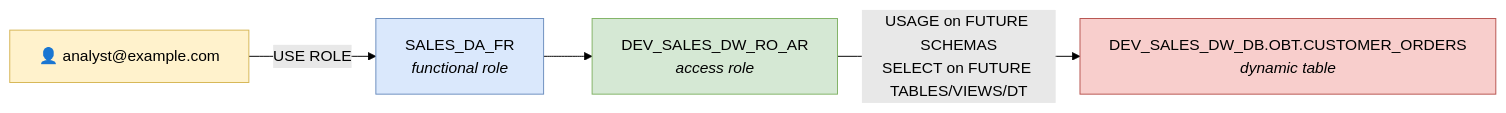
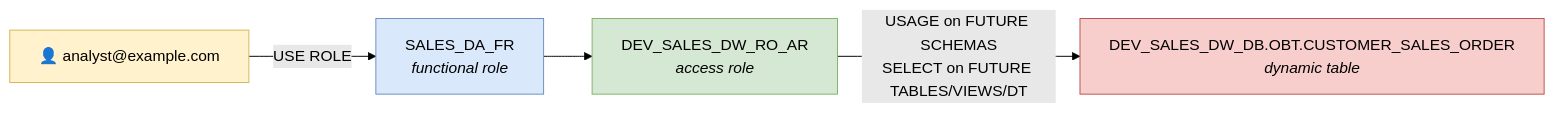
Before and after one commit to entechlog/snowflake-examples: the second of 2 diagrams in snow-infra/dcm/README.md, drawn with Mermaid (forest theme). The commit also changed other lines of this file and 34 other files, not shown here.

First line of the commit message:
changes to rework DCM demo: dedicated DCM_DB layer, shared macros, lean schemas

````diff
--- a/snow-infra/dcm/README.md
+++ b/snow-infra/dcm/README.md
@@ -61,15 +44,15 @@
 ```mermaid
 flowchart LR
     USER["👤 analyst@example.com"] -->|"USE ROLE"| FR2["SALES_DA_FR<br/><i>functional role</i>"]
     FR2 --> AR2["DEV_SALES_DW_RO_AR<br/><i>access role</i>"]
-    AR2 -->|"USAGE on FUTURE SCHEMAS<br/>SELECT on FUTURE TABLES/VIEWS/DT"| TABLE["DEV_SALES_DW_DB.OBT.CUSTOMER_ORDERS<br/><i>dynamic table</i>"]
+    AR2 -->|"USAGE on FUTURE SCHEMAS<br/>SELECT on FUTURE TABLES/VIEWS/DT"| TABLE["DEV_SALES_DW_DB.OBT.CUSTOMER_SALES_ORDER<br/><i>dynamic table</i>"]
 
     classDef user fill:#fff2cc,stroke:#d6b656,color:#000
     classDef role fill:#dae8fc,stroke:#6c8ebf,color:#000
     classDef ar fill:#d5e8d4,stroke:#82b366,color:#000
     classDef obj fill:#f8cecc,stroke:#b85450,color:#000
     class USER user
     class FR2 role
     class AR2 ar
     class TABLE obj
 ```
````
